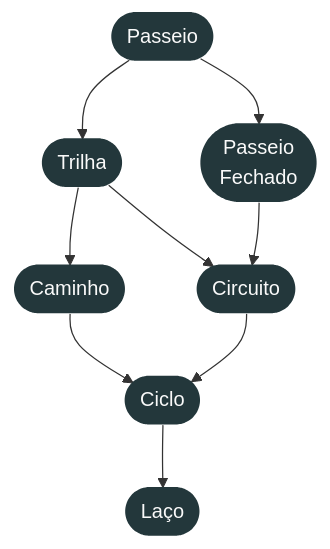
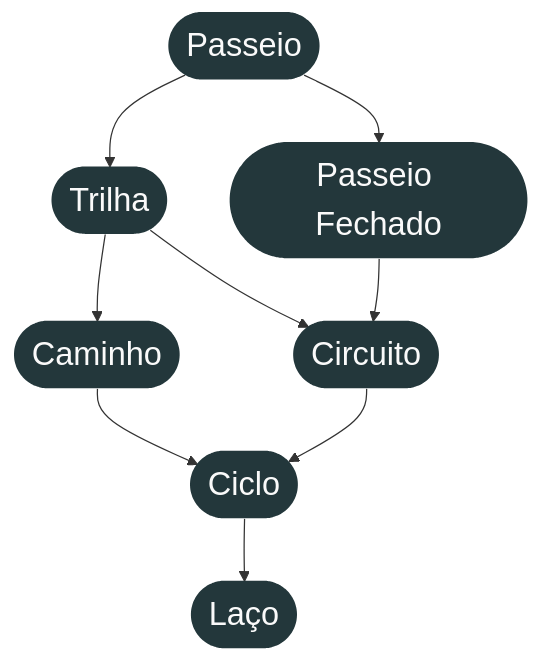
The diagram in aulas/aula7-grafos.qmd (LucasAlegre/paa1), drawn with Mermaid before and after one commit. The commit also changed other lines of this file and 2 other files, not shown here.

````diff
--- a/aulas/aula7-grafos.qmd
+++ b/aulas/aula7-grafos.qmd
@@ -1237,28 +1906,23 @@
 ```{mermaid}
-%%| fig-width: 4
+%%| fig-width: 3.2
+%%{init: {'themeVariables': { 'fontSize': '26px' }}}%%
 graph TD
   A([Passeio])
   B([Trilha])
-  C(["Passeio\nFechado"])
+  C(["Passeio Fechado"])
   D([Caminho])
   E([Circuito])
   F([Ciclo])
   G([Laço])
 
   A --> B
   A --> C
   B --> D
   B --> E
   C --> E
   D --> F
   E --> F
   F --> G
 
-  style A fill:#23373b,color:#fafafa,stroke:none
-  style B fill:#23373b,color:#fafafa,stroke:none
-  style C fill:#23373b,color:#fafafa,stroke:none
-  style D fill:#23373b,color:#fafafa,stroke:none
-  style E fill:#23373b,color:#fafafa,stroke:none
-  style F fill:#23373b,color:#fafafa,stroke:none
-  style G fill:#23373b,color:#fafafa,stroke:none
+  classDef default fill:#23373b,color:#fafafa,stroke:none,font-size:26px;
 ```
````
